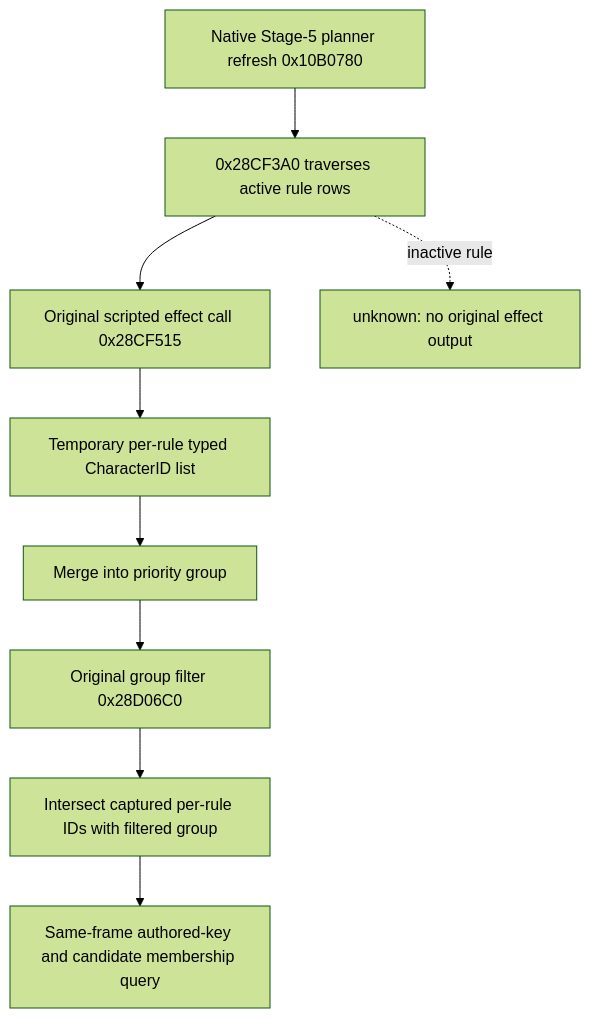
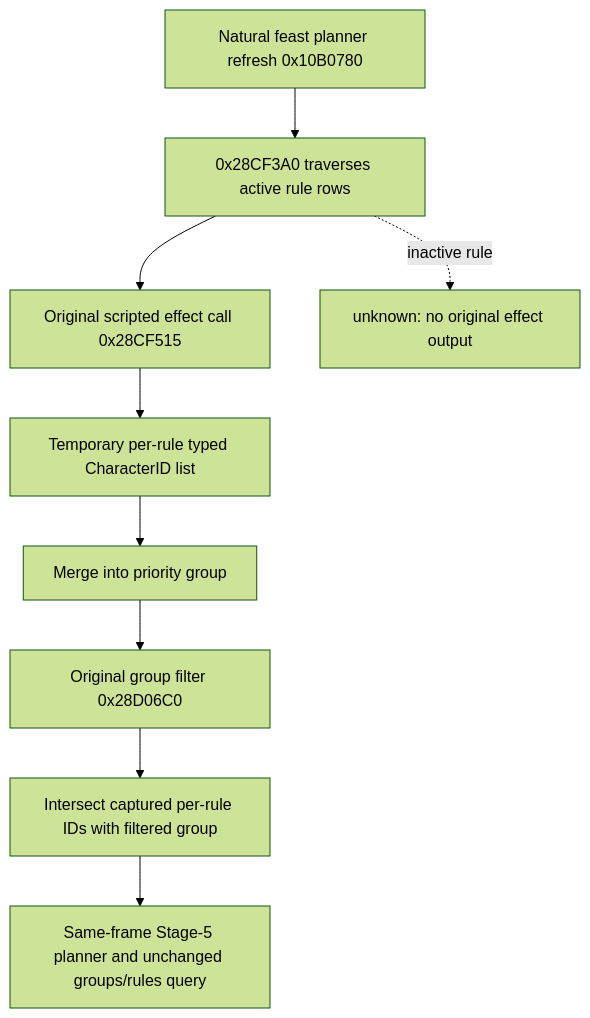
Before and after one commit to XenoAmess/ck3_eternal_recurrence: the first of 2 diagrams in docs/ck3-native-ai/activity-feast-guest-rule-provenance-1-19-0-6.md, drawn with Mermaid (forest theme). The commit also changed other lines of this file and 2 other files, not shown here.

Commit message:
NW-ACTIVITY Capture natural stage-two guest rule refresh for stage five read

````diff
--- a/docs/ck3-native-ai/activity-feast-guest-rule-provenance-1-19-0-6.md
+++ b/docs/ck3-native-ai/activity-feast-guest-rule-provenance-1-19-0-6.md
@@ -19,11 +19,11 @@
 ```mermaid
 flowchart TD
-  A[Native Stage-5 planner refresh 0x10B0780] --> B[0x28CF3A0 traverses active rule rows]
+  A[Natural feast planner refresh 0x10B0780] --> B[0x28CF3A0 traverses active rule rows]
   B --> C[Original scripted effect call 0x28CF515]
   C --> D[Temporary per-rule typed CharacterID list]
   D --> E[Merge into priority group]
   E --> F[Original group filter 0x28D06C0]
   F --> G[Intersect captured per-rule IDs with filtered group]
-  G --> H[Same-frame authored-key and candidate membership query]
+  G --> H[Same-frame Stage-5 planner and unchanged groups/rules query]
   B -. inactive rule .-> U[unknown: no original effect output]
 ```
````
